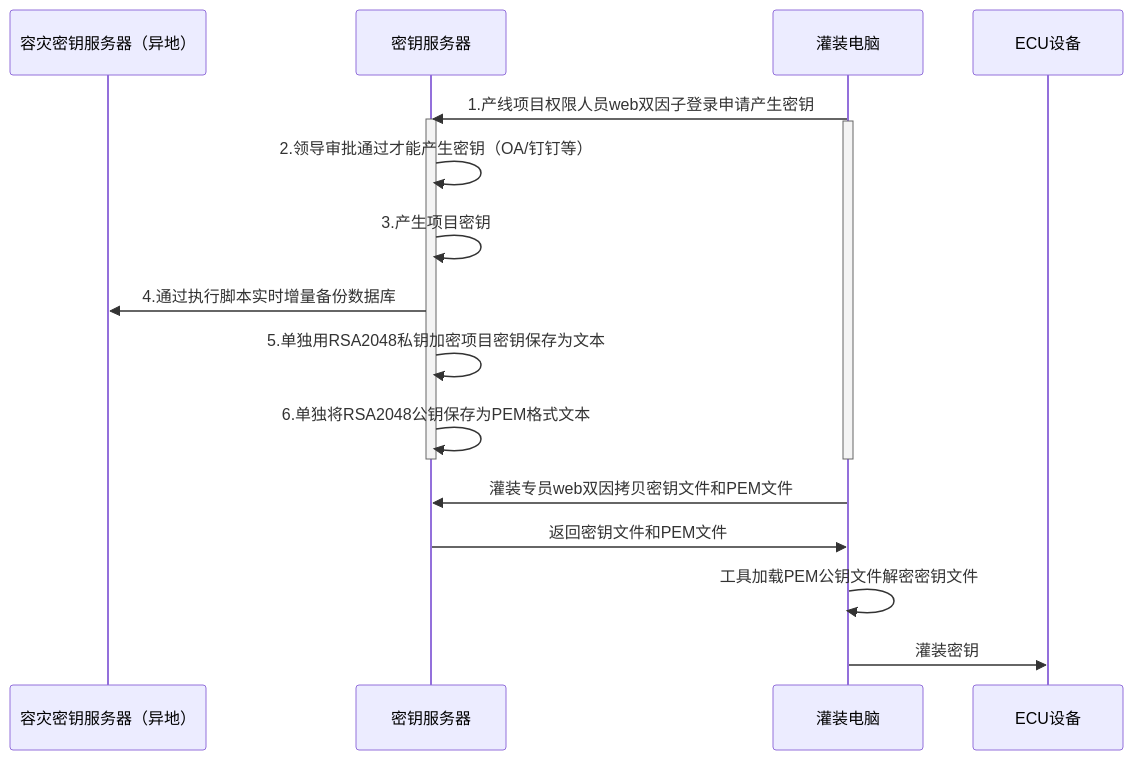
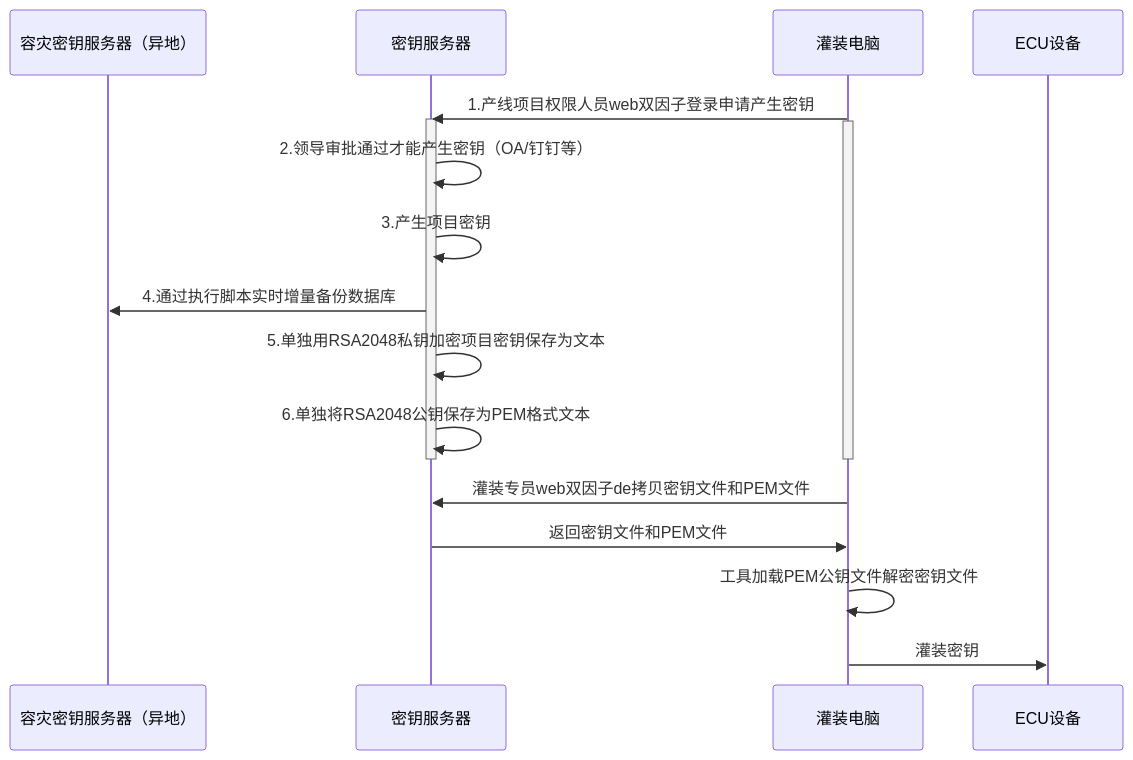
One commit to facebook-cloud/iodraw-files changed the diagram in all/未命名-15.md. Above: the diagram before and after it, drawn with Mermaid.

Commit message:
2026-02-11 19:49:40 update

````diff
--- a/all/未命名-15.md
+++ b/all/未命名-15.md
@@ -1,25 +1,25 @@
 ```mermaid
 sequenceDiagram
     participant A as 容灾密钥服务器（异地）
     participant B as 密钥服务器
     participant D as 灌装电脑
     participant E as ECU设备
 
     
     D->>B: 1.产线项目权限人员web双因子登录申请产生密钥
     activate B
     activate D
     B->>B: 2.领导审批通过才能产生密钥（OA/钉钉等）
     B->>B: 3.产生项目密钥
     B->>A: 4.通过执行脚本实时增量备份数据库
     B->>B: 5.单独用RSA2048私钥加密项目密钥保存为文本
     B->>B: 6.单独将RSA2048公钥保存为PEM格式文本
     deactivate B
     deactivate D
 
     
-    D->>B: 灌装专员web双因拷贝密钥文件和PEM文件
+    D->>B: 灌装专员web双因子de拷贝密钥文件和PEM文件
     B->>D: 返回密钥文件和PEM文件
     D->>D:工具加载PEM公钥文件解密密钥文件
     D->>E: 灌装密钥
 ```
````
